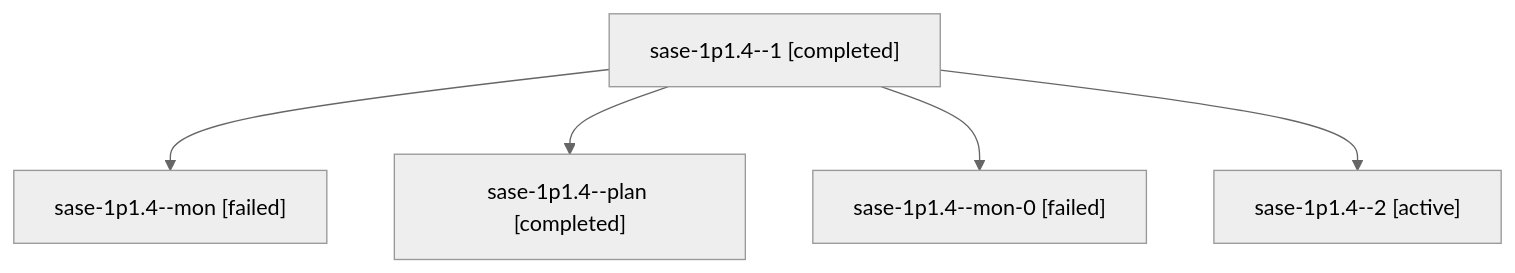
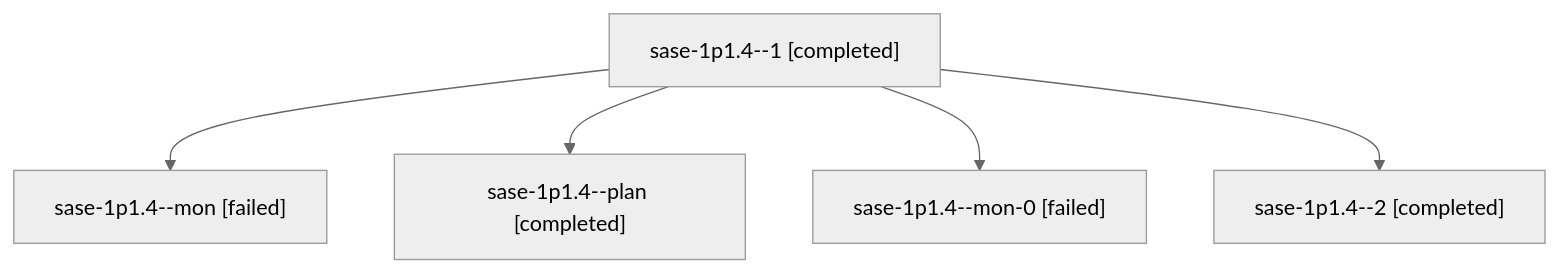
Before and after one commit to sase-org/sase--agents: the diagram in sessions/bbugyi200.athena.sase-1p1.4.md, drawn with Mermaid (neutral theme). The commit also changed other lines of this file and 30 other files, not shown here.

````diff
--- a/sessions/bbugyi200.athena.sase-1p1.4.md
+++ b/sessions/bbugyi200.athena.sase-1p1.4.md
@@ -9,12 +9,12 @@
 ```mermaid
 flowchart TD
   n0["sase-1p1.4--1 [completed]"]
   n1["sase-1p1.4--mon [failed]"]
   n0 --> n1
   n2["sase-1p1.4--plan [completed]"]
   n0 --> n2
   n3["sase-1p1.4--mon-0 [failed]"]
   n0 --> n3
-  n4["sase-1p1.4--2 [active]"]
+  n4["sase-1p1.4--2 [completed]"]
   n0 --> n4
 ```
````
